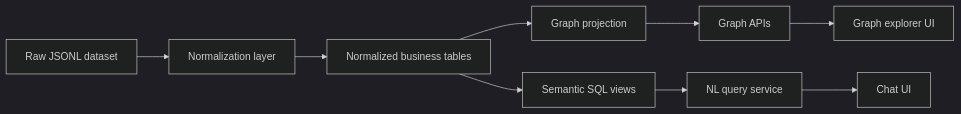
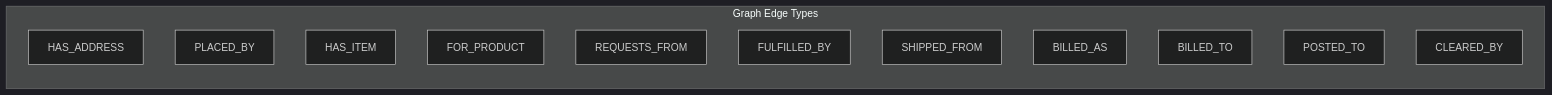
Before and after one commit to devang609/rag: the tenth of 10 diagrams in README.md, drawn with Mermaid (dark theme). The commit also changed other lines of this file, not shown here.

````diff
--- a/README.md
+++ b/README.md
@@ -76,11 +370,16 @@
 ```mermaid
 flowchart LR
-  A["Raw JSONL dataset"] --> B["Normalization layer"]
-  B --> C["Normalized business tables"]
-  C --> D["Graph projection"]
-  C --> E["Semantic SQL views"]
-  D --> F["Graph APIs"]
-  E --> G["NL query service"]
-  F --> H["Graph explorer UI"]
-  G --> I["Chat UI"]
+    subgraph Edges["Graph Edge Types"]
+        E1["HAS_ADDRESS"]
+        E2["PLACED_BY"]
+        E3["HAS_ITEM"]
+        E4["FOR_PRODUCT"]
+        E5["REQUESTS_FROM"]
+        E6["FULFILLED_BY"]
+        E7["SHIPPED_FROM"]
+        E8["BILLED_AS"]
+        E9["BILLED_TO"]
+        E10["POSTED_TO"]
+        E11["CLEARED_BY"]
+    end
 ```
````
